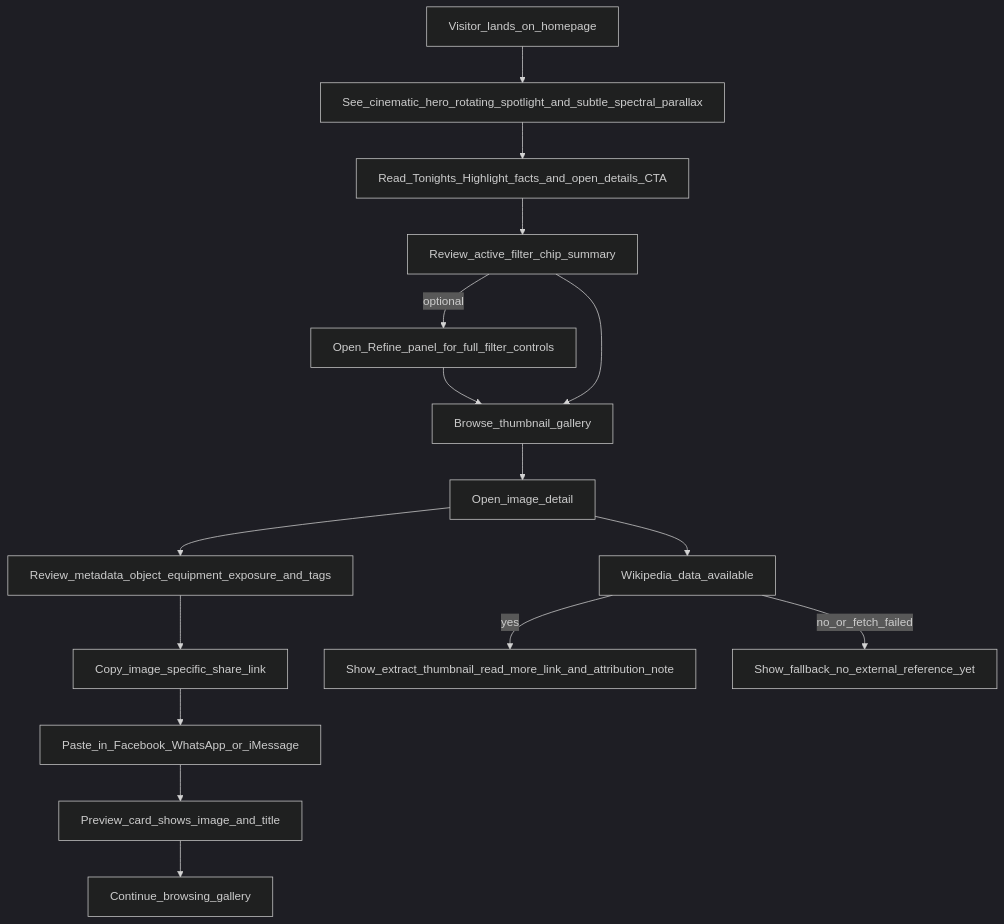
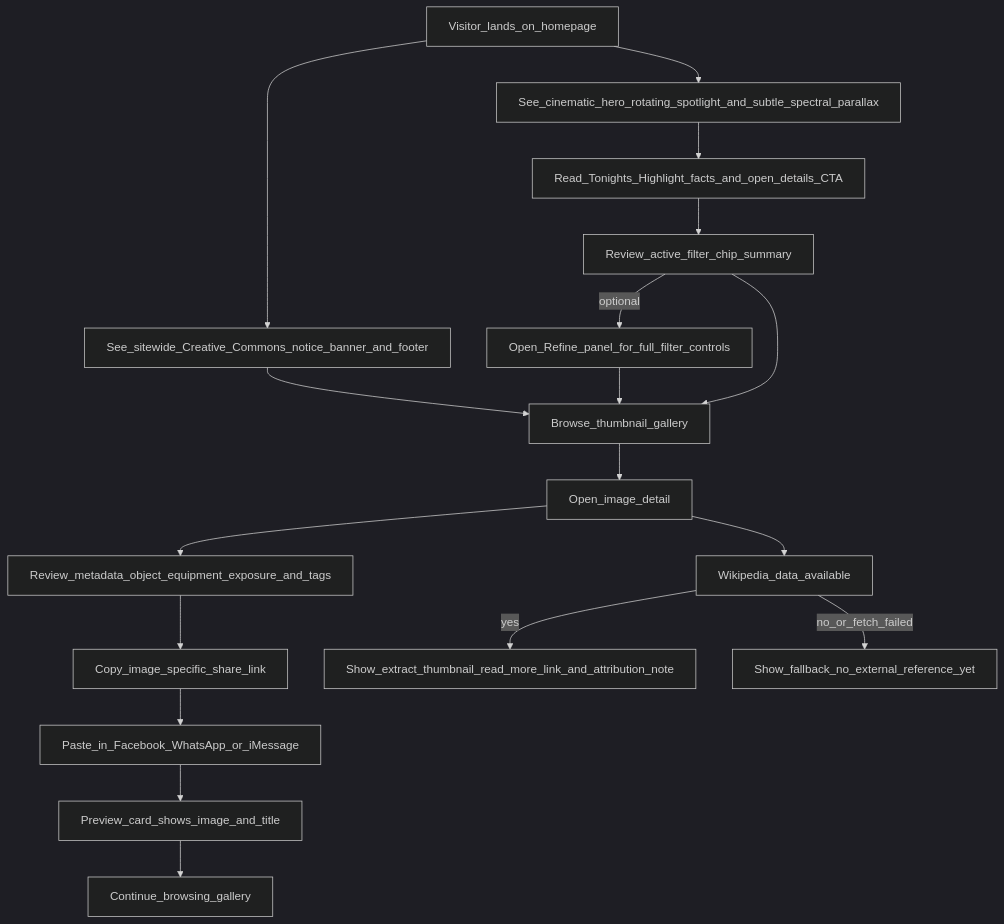
The first of 3 diagrams in README.md (smeird/images), drawn with Mermaid (dark theme) before and after one commit. The commit also changed other lines of this file and 7 other files, not shown here.

First line of the commit message:
Add sitewide Creative Commons licensing notices

````diff
--- a/README.md
+++ b/README.md
@@ -143,18 +144,20 @@
 ```mermaid
 flowchart TD
   Visitor_lands_on_homepage --> See_cinematic_hero_rotating_spotlight_and_subtle_spectral_parallax
+  Visitor_lands_on_homepage --> See_sitewide_Creative_Commons_notice_banner_and_footer
   See_cinematic_hero_rotating_spotlight_and_subtle_spectral_parallax --> Read_Tonights_Highlight_facts_and_open_details_CTA
   Read_Tonights_Highlight_facts_and_open_details_CTA --> Review_active_filter_chip_summary
+  See_sitewide_Creative_Commons_notice_banner_and_footer --> Browse_thumbnail_gallery
   Review_active_filter_chip_summary -->|optional| Open_Refine_panel_for_full_filter_controls
   Open_Refine_panel_for_full_filter_controls --> Browse_thumbnail_gallery
   Review_active_filter_chip_summary --> Browse_thumbnail_gallery
   Browse_thumbnail_gallery --> Open_image_detail
   Open_image_detail --> Review_metadata_object_equipment_exposure_and_tags
   Review_metadata_object_equipment_exposure_and_tags --> Copy_image_specific_share_link
   Copy_image_specific_share_link --> Paste_in_Facebook_WhatsApp_or_iMessage
   Paste_in_Facebook_WhatsApp_or_iMessage --> Preview_card_shows_image_and_title
   Preview_card_shows_image_and_title --> Continue_browsing_gallery
   Open_image_detail --> Wikipedia_data_available
   Wikipedia_data_available -->|yes| Show_extract_thumbnail_read_more_link_and_attribution_note
   Wikipedia_data_available -->|no_or_fetch_failed| Show_fallback_no_external_reference_yet
 ```
````
